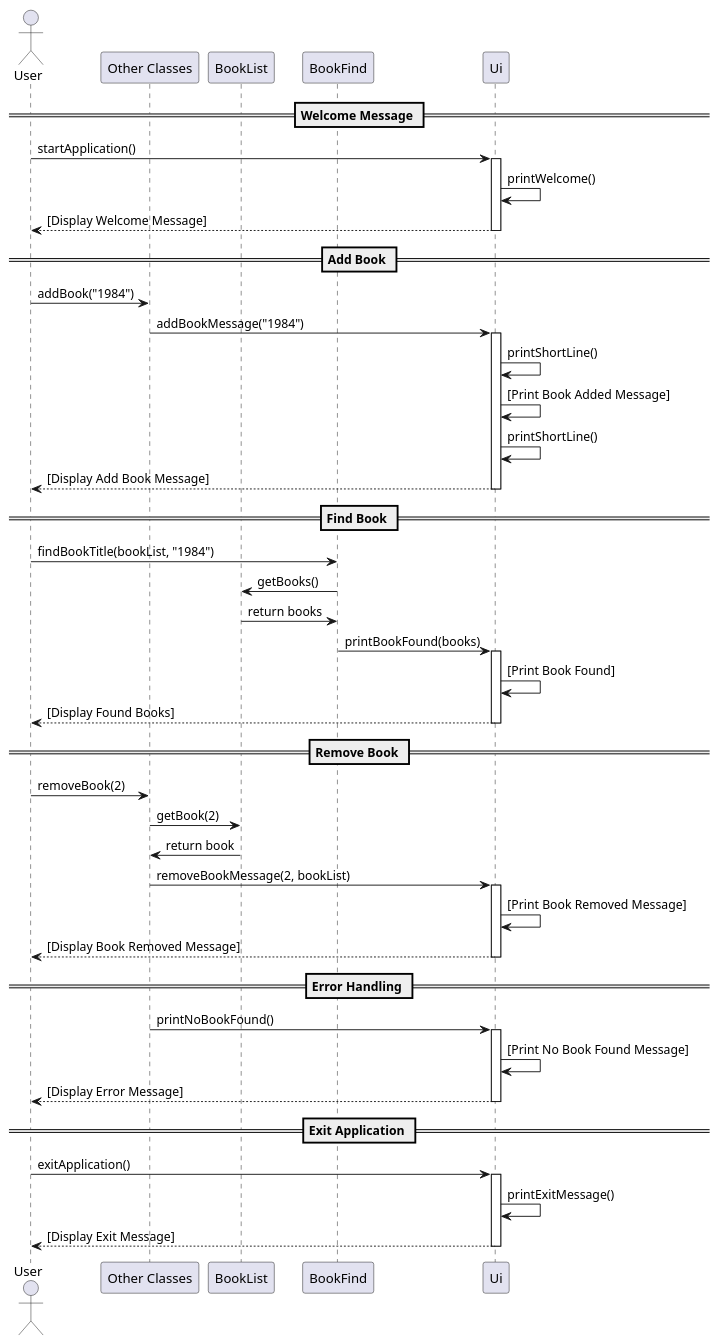
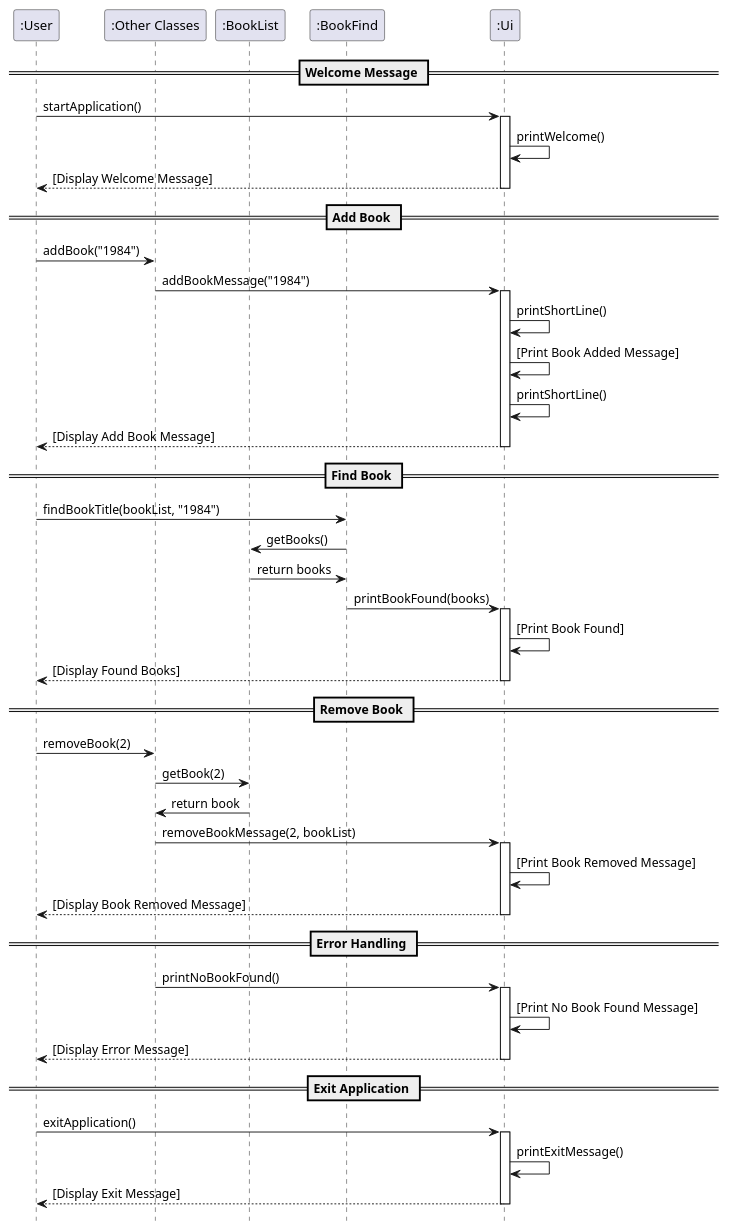
Before and after one commit to AY2324S2-CS2113-F15-4/tp: the diagram in docs/UML_Files/Ui.puml, drawn with PlantUML. The commit also changed 4 other files, not shown here.

```diff
--- a/docs/UML_Files/Ui.puml
+++ b/docs/UML_Files/Ui.puml
@@ -1,59 +1,60 @@
 @startuml
-actor User
-participant "Other Classes" as OtherClasses
-participant "BookList" as BookList
-participant "BookFind" as BookFind
-participant "Ui" as Ui
+participant ":User" as User
+participant ":Other Classes" as OtherClasses
+participant ":BookList" as BookList
+participant ":BookFind" as BookFind
+participant ":Ui" as Ui
+hide footbox
 
 == Welcome Message ==
 User -> Ui : startApplication()
 activate Ui
 Ui -> Ui : printWelcome()
 Ui --> User : [Display Welcome Message]
 deactivate Ui
 
 == Add Book ==
 User -> OtherClasses : addBook("1984")
 OtherClasses -> Ui : addBookMessage("1984")
 activate Ui
 Ui -> Ui : printShortLine()
 Ui -> Ui : [Print Book Added Message]
 Ui -> Ui : printShortLine()
 Ui --> User : [Display Add Book Message]
 deactivate Ui
 
 == Find Book ==
 User -> BookFind : findBookTitle(bookList, "1984")
 BookFind -> BookList : getBooks()
 BookList -> BookFind : return books
 BookFind -> Ui : printBookFound(books)
 activate Ui
 Ui -> Ui : [Print Book Found]
 Ui --> User : [Display Found Books]
 deactivate Ui
 
 == Remove Book ==
 User -> OtherClasses : removeBook(2)
 OtherClasses -> BookList : getBook(2)
 BookList -> OtherClasses : return book
 OtherClasses -> Ui : removeBookMessage(2, bookList)
 activate Ui
 Ui -> Ui : [Print Book Removed Message]
 Ui --> User : [Display Book Removed Message]
 deactivate Ui
 
 == Error Handling ==
 OtherClasses -> Ui : printNoBookFound()
 activate Ui
 Ui -> Ui : [Print No Book Found Message]
 Ui --> User : [Display Error Message]
 deactivate Ui
 
 == Exit Application ==
 User -> Ui : exitApplication()
 activate Ui
 Ui -> Ui : printExitMessage()
 Ui --> User : [Display Exit Message]
 deactivate Ui
 
 @enduml
```
